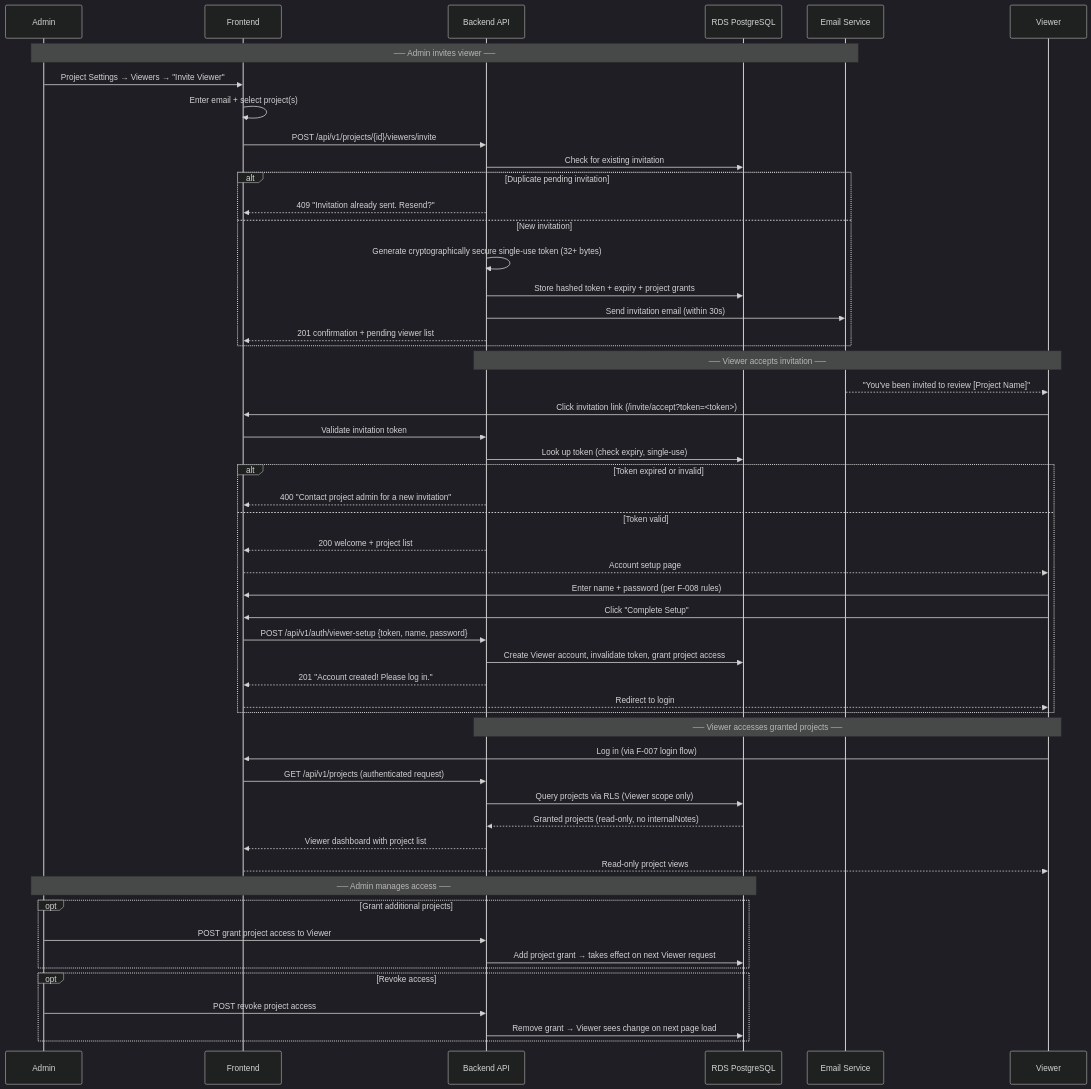
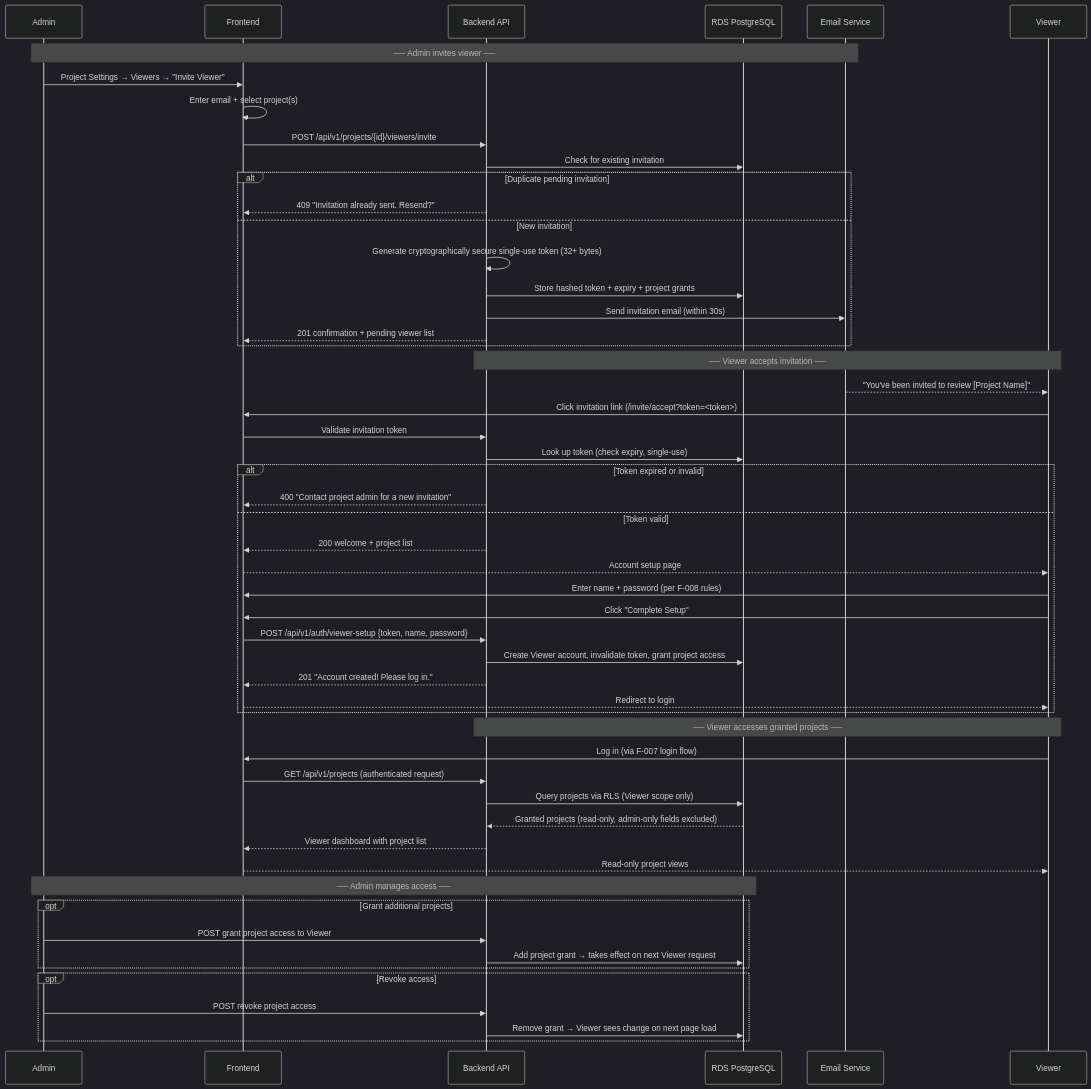
One commit to alonsovndev/open-projects-hub-docs changed the tenth of 13 diagrams in docs/03-architecture/diagrams/sequence-diagrams.md. Above: the diagram before and after it, drawn with Mermaid (dark theme). The commit also changed other lines of this file and 15 other files, not shown here.

Commit message:
docs: remove internal notes requirement

````diff
--- a/docs/03-architecture/diagrams/sequence-diagrams.md
+++ b/docs/03-architecture/diagrams/sequence-diagrams.md
@@ -315,59 +315,59 @@
 ```mermaid
 sequenceDiagram
     participant Admin
     participant FE as Frontend
     participant BE as Backend API
     participant DB as RDS PostgreSQL
     participant Email as Email Service
     participant Viewer
 
     Note over Admin,Email: ── Admin invites viewer ──
     Admin->>FE: Project Settings → Viewers → "Invite Viewer"
     FE->>FE: Enter email + select project(s)
     FE->>BE: POST /api/v1/projects/{id}/viewers/invite
     BE->>DB: Check for existing invitation
     alt Duplicate pending invitation
         BE-->>FE: 409 "Invitation already sent. Resend?"
     else New invitation
         BE->>BE: Generate cryptographically secure single-use token (32+ bytes)
         BE->>DB: Store hashed token + expiry + project grants
         BE->>Email: Send invitation email (within 30s)
         BE-->>FE: 201 confirmation + pending viewer list
     end
 
     Note over Viewer,BE: ── Viewer accepts invitation ──
     Email-->>Viewer: "You've been invited to review [Project Name]"
     Viewer->>FE: Click invitation link (/invite/accept?token=<token>)
     FE->>BE: Validate invitation token
     BE->>DB: Look up token (check expiry, single-use)
     alt Token expired or invalid
         BE-->>FE: 400 "Contact project admin for a new invitation"
     else Token valid
         BE-->>FE: 200 welcome + project list
         FE-->>Viewer: Account setup page
         Viewer->>FE: Enter name + password (per F-008 rules)
         Viewer->>FE: Click "Complete Setup"
         FE->>BE: POST /api/v1/auth/viewer-setup {token, name, password}
         BE->>DB: Create Viewer account, invalidate token, grant project access
         BE-->>FE: 201 "Account created! Please log in."
         FE-->>Viewer: Redirect to login
     end
 
     Note over Viewer,BE: ── Viewer accesses granted projects ──
     Viewer->>FE: Log in (via F-007 login flow)
     FE->>BE: GET /api/v1/projects (authenticated request)
     BE->>DB: Query projects via RLS (Viewer scope only)
-    DB-->>BE: Granted projects (read-only, no internalNotes)
+    DB-->>BE: Granted projects (read-only, admin-only fields excluded)
     BE-->>FE: Viewer dashboard with project list
     FE-->>Viewer: Read-only project views
 
     Note over Admin,DB: ── Admin manages access ──
     opt Grant additional projects
         Admin->>BE: POST grant project access to Viewer
         BE->>DB: Add project grant → takes effect on next Viewer request
     end
     opt Revoke access
         Admin->>BE: POST revoke project access
         BE->>DB: Remove grant → Viewer sees change on next page load
     end
 ```
````
